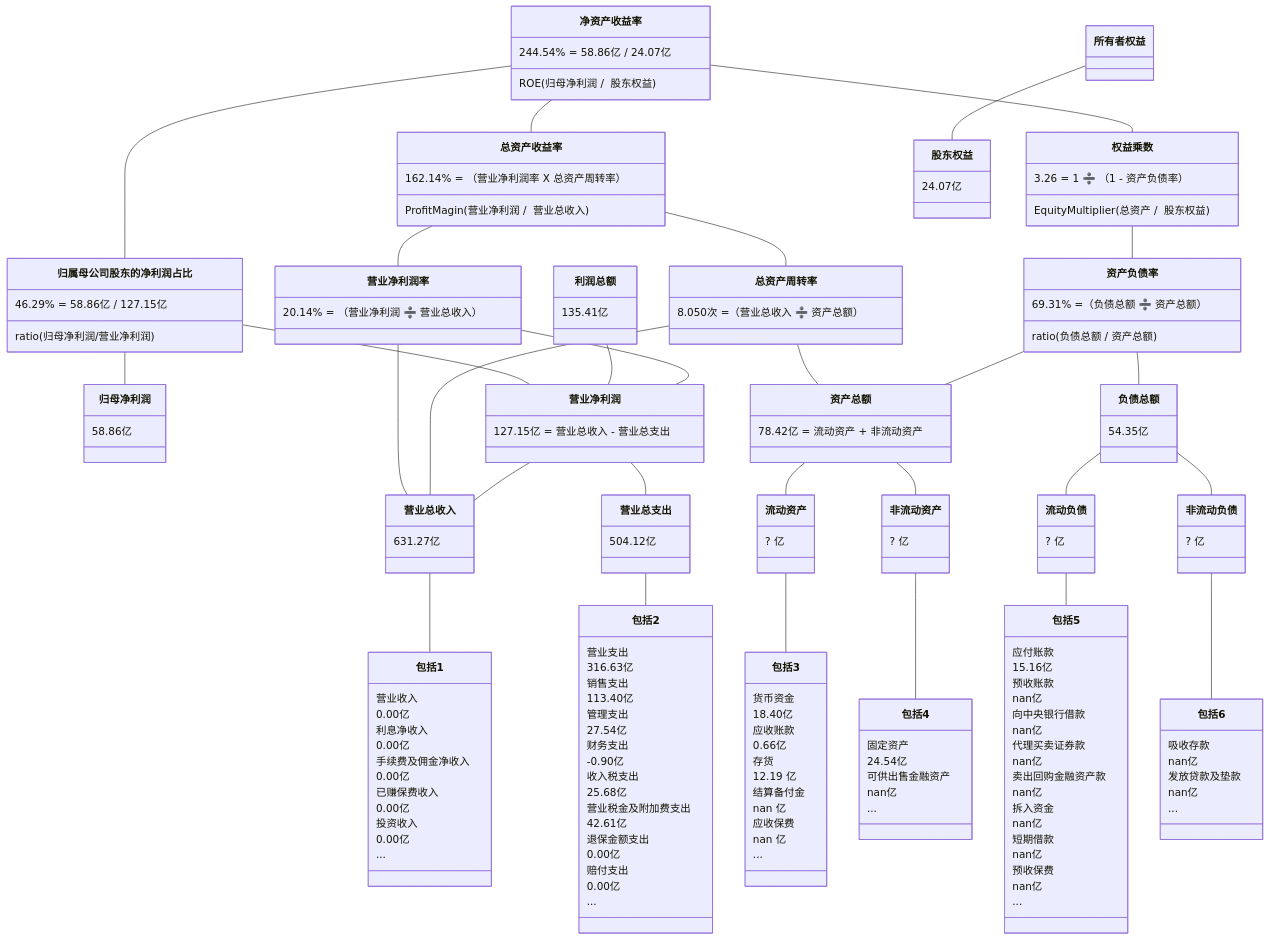
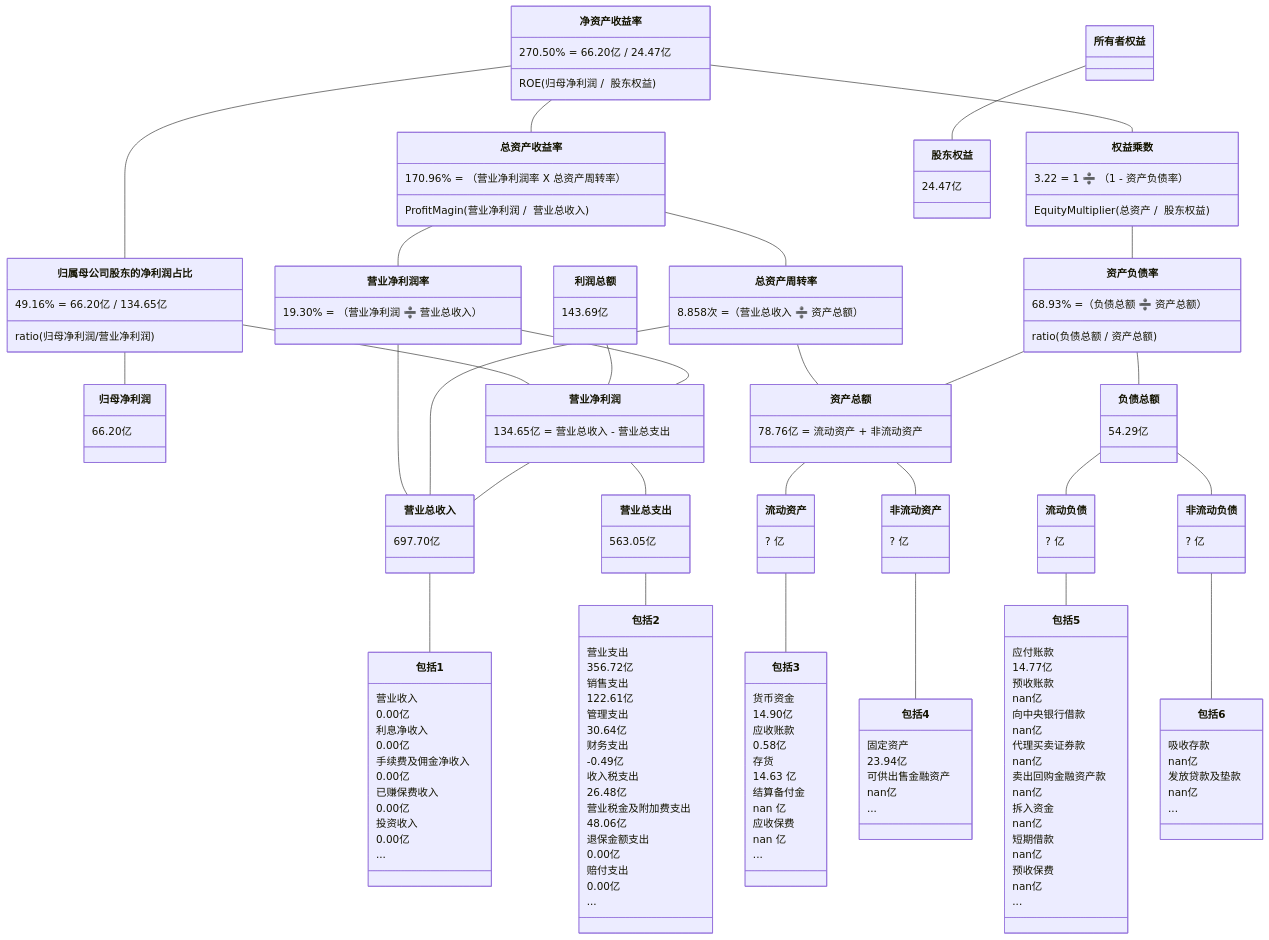
Before and after one commit to TheVeryDarkness/cs410: the first of 10 diagrams in 2/2.md, drawn with Mermaid. The commit also changed other lines of this file and 18 other files, not shown here.

````diff
--- a/2/2.md
+++ b/2/2.md
@@ -25,45 +29,45 @@
 ```mermaid
 classDiagram
 净资产收益率 -- 总资产收益率
-    净资产收益率 : 244.54% = 58.86亿 / 24.07亿
+    净资产收益率 : 270.50% = 66.20亿 / 24.47亿
     净资产收益率 : ROE(归母净利润 /  股东权益)
-    总资产收益率 : 162.14% = （营业净利润率 X 总资产周转率）
+    总资产收益率 : 170.96% = （营业净利润率 X 总资产周转率）
     总资产收益率 : ProfitMagin(营业净利润 /  营业总收入)
 净资产收益率 -- 归属母公司股东的净利润占比
-	  归属母公司股东的净利润占比 : 46.29% = 58.86亿 / 127.15亿
+	  归属母公司股东的净利润占比 : 49.16% = 66.20亿 / 134.65亿
 	  归属母公司股东的净利润占比 : ratio(归母净利润/营业净利润)
 归属母公司股东的净利润占比 -- 归母净利润
-    归母净利润 : 58.86亿
+    归母净利润 : 66.20亿
 归属母公司股东的净利润占比 -- 营业净利润
-利润总额 : 135.41亿
+利润总额 : 143.69亿
 利润总额 -- 营业净利润
 净资产收益率 -- 权益乘数
-    权益乘数 : 3.26 = 1 ➗ （1 - 资产负债率）
+    权益乘数 : 3.22 = 1 ➗ （1 - 资产负债率）
     权益乘数 : EquityMultiplier(总资产 /  股东权益)
 
 总资产收益率 -- 营业净利润率
-    营业净利润率 : 20.14% = （营业净利润 ➗ 营业总收入）
+    营业净利润率 : 19.30% = （营业净利润 ➗ 营业总收入）
 总资产收益率 -- 总资产周转率
-    总资产周转率 : 8.050次 =（营业总收入 ➗ 资产总额）
+    总资产周转率 : 8.858次 =（营业总收入 ➗ 资产总额）
 权益乘数 -- 资产负债率
-    资产负债率  : 69.31% =（负债总额 ➗ 资产总额）
+    资产负债率  : 68.93% =（负债总额 ➗ 资产总额）
     资产负债率  : ratio(负债总额 / 资产总额)
 
 营业净利润率 -- 营业净利润
-    营业净利润 : 127.15亿 = 营业总收入 - 营业总支出
+    营业净利润 : 134.65亿 = 营业总收入 - 营业总支出
 营业净利润率 -- 营业总收入
 总资产周转率 -- 营业总收入
 总资产周转率 -- 资产总额
-    资产总额 : 78.42亿 = 流动资产 + 非流动资产
+    资产总额 : 78.76亿 = 流动资产 + 非流动资产
 资产负债率 -- 负债总额
-    负债总额 : 54.35亿
+    负债总额 : 54.29亿
 资产负债率 -- 资产总额
 
 
 营业净利润 -- 营业总收入
-    营业总收入 : 631.27亿
+    营业总收入 : 697.70亿
 营业净利润 -- 营业总支出
-    营业总支出 : 504.12亿
+    营业总支出 : 563.05亿
 资产总额 -- 流动资产
 	  流动资产 : ? 亿
 资产总额 -- 非流动资产
@@ -87,17 +91,17 @@
     包括1 : ...
 营业总支出 -- 包括2
     包括2 : 营业支出
-    包括2 : 316.63亿
+    包括2 : 356.72亿
     包括2 : 销售支出
-    包括2 : 113.40亿
+    包括2 : 122.61亿
     包括2 : 管理支出
-    包括2 : 27.54亿
+    包括2 : 30.64亿
     包括2 : 财务支出
-    包括2 : -0.90亿
+    包括2 : -0.49亿
     包括2 : 收入税支出
-    包括2 : 25.68亿
+    包括2 : 26.48亿
     包括2 : 营业税金及附加费支出
-    包括2 : 42.61亿
+    包括2 : 48.06亿
     包括2 : 退保金额支出
     包括2 : 0.00亿
     包括2 : 赔付支出
@@ -105,11 +109,11 @@
     包括2 : ...
 流动资产 -- 包括3
     包括3 : 货币资金
-    包括3 : 18.40亿
+    包括3 : 14.90亿
     包括3 : 应收账款
-    包括3 : 0.66亿
+    包括3 : 0.58亿
     包括3 : 存货
-    包括3 : 12.19 亿
+    包括3 : 14.63 亿
     包括3 : 结算备付金
     包括3 : nan 亿
     包括3 : 应收保费
@@ -117,13 +121,13 @@
     包括3 : ...
 非流动资产 -- 包括4
     包括4 : 固定资产
-    包括4 : 24.54亿
+    包括4 : 23.94亿
     包括4 : 可供出售金融资产
     包括4 : nan亿
     包括4 : ...
 流动负债 -- 包括5
     包括5 : 应付账款
-    包括5 : 15.16亿
+    包括5 : 14.77亿
     包括5 : 预收账款
     包括5 : nan亿
     包括5 : 向中央银行借款
@@ -146,5 +150,5 @@
     包括6 : nan亿
     包括6 : ...
 所有者权益 -- 股东权益
-    股东权益 : 24.07亿
+    股东权益 : 24.47亿
 ```
````
